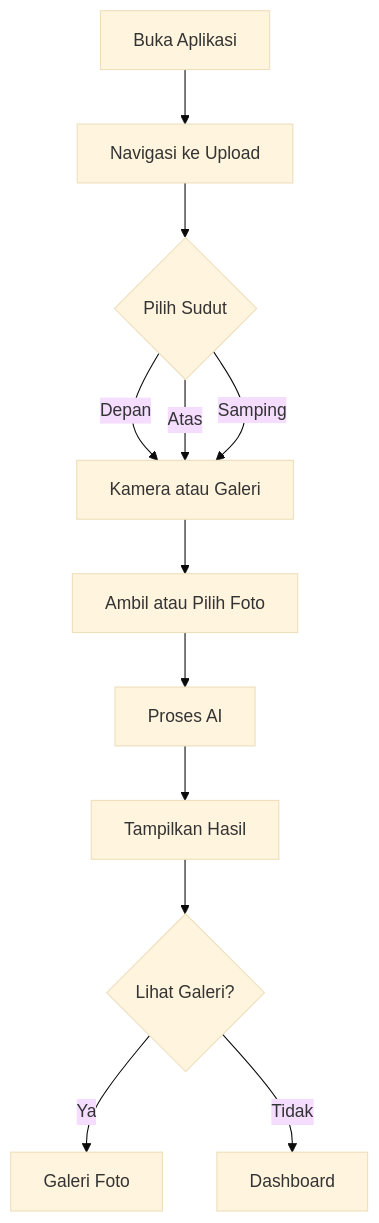
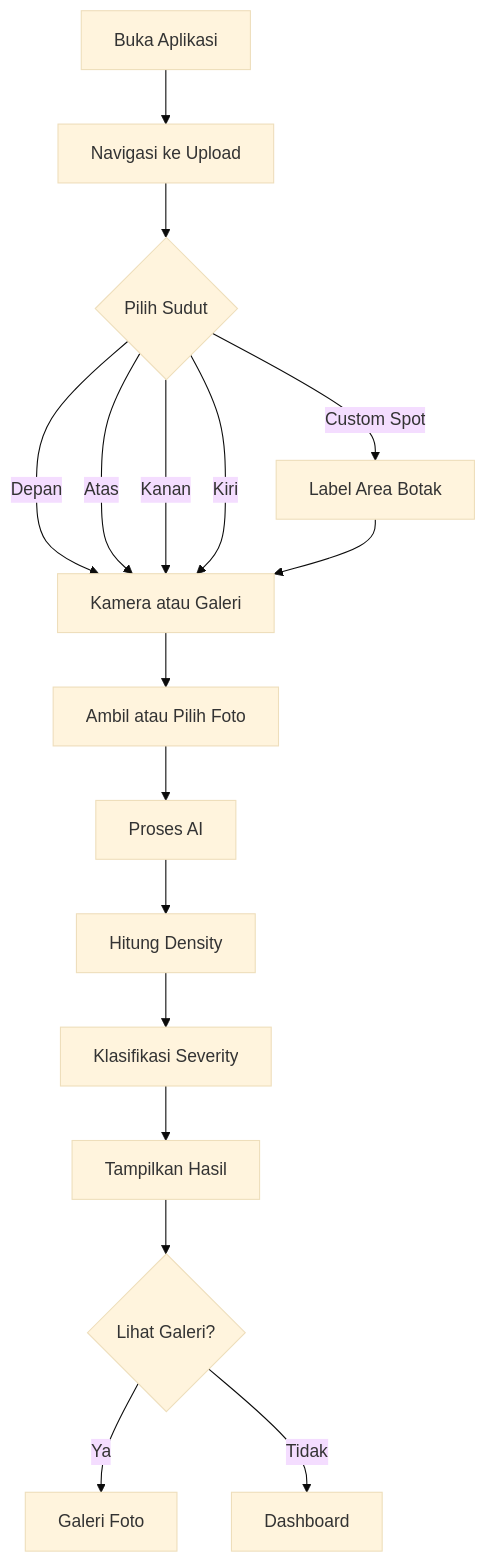
One commit to petrushandika/Scalp-Analytics changed the first of 13 diagrams in Documentation/MVP.md. Above: the diagram before and after it, drawn with Mermaid (base theme). The commit also changed other lines of this file and 5 other files, not shown here.

````diff
--- a/Documentation/MVP.md
+++ b/Documentation/MVP.md
@@ -28,14 +28,19 @@
 ```mermaid
 flowchart TD
     A[Buka Aplikasi] --> B[Navigasi ke Upload]
     B --> C{Pilih Sudut}
     C -->|Depan| D[Kamera atau Galeri]
     C -->|Atas| D
-    C -->|Samping| D
-    D --> E[Ambil atau Pilih Foto]
-    E --> F[Proses AI]
-    F --> G[Tampilkan Hasil]
-    G --> H{Lihat Galeri?}
-    H -->|Ya| I[Galeri Foto]
-    H -->|Tidak| J[Dashboard]
+    C -->|Kanan| D
+    C -->|Kiri| D
+    C -->|Custom Spot| E[Label Area Botak]
+    E --> D
+    D --> F[Ambil atau Pilih Foto]
+    F --> G[Proses AI]
+    G --> H[Hitung Density]
+    H --> I[Klasifikasi Severity]
+    I --> J[Tampilkan Hasil]
+    J --> K{Lihat Galeri?}
+    K -->|Ya| L[Galeri Foto]
+    K -->|Tidak| M[Dashboard]
 ```
````
